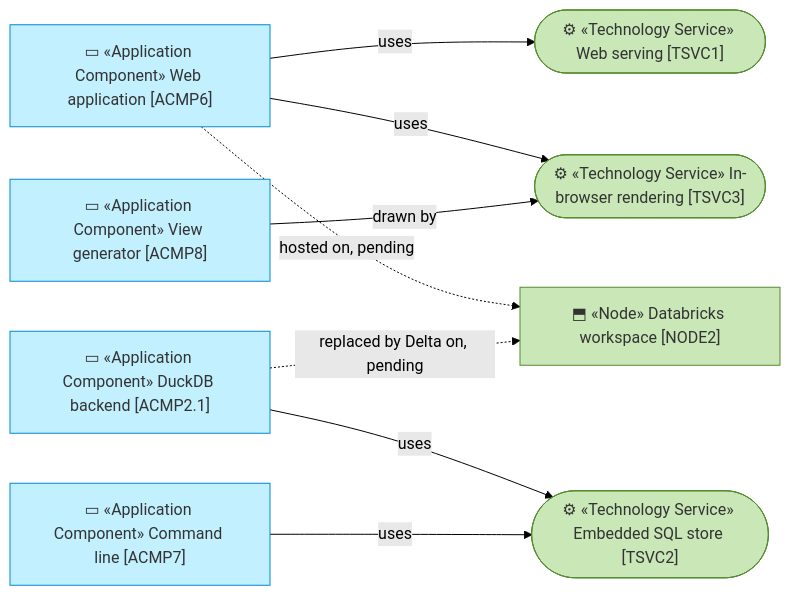
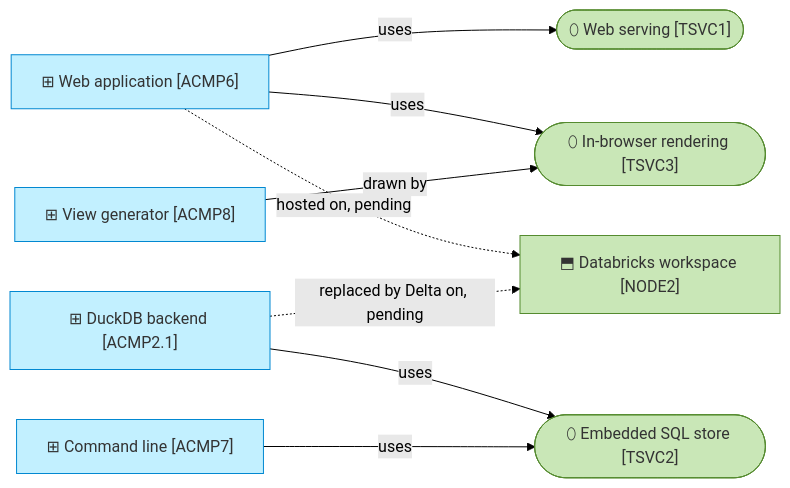
The third of 4 diagrams in architecture/5_technology/1_runtime.md (bocanegratqut/dbx-enterprise-architecture), drawn with Mermaid (forest theme) before and after one commit. The commit also changed other lines of this file and 25 other files, not shown here.

````diff
--- a/architecture/5_technology/1_runtime.md
+++ b/architecture/5_technology/1_runtime.md
@@ -54,21 +54,21 @@
 ```mermaid
 flowchart LR
-  web(["⚙ «Technology Service» Web serving [TSVC1]"]):::technology
-  sql(["⚙ «Technology Service» Embedded SQL store [TSVC2]"]):::technology
-  render(["⚙ «Technology Service» In-browser rendering [TSVC3]"]):::technology
-  ui["▭ «Application Component» Web application [ACMP6]"]:::application
-  store["▭ «Application Component» DuckDB backend [ACMP2.1]"]:::application
-  cli["▭ «Application Component» Command line [ACMP7]"]:::application
-  views["▭ «Application Component» View generator [ACMP8]"]:::application
-  dbx["⬒ «Node» Databricks workspace [NODE2]"]:::technology
+  web(["⬯ Web serving [TSVC1]"]):::technology
+  sql(["⬯ Embedded SQL store [TSVC2]"]):::technology
+  render(["⬯ In-browser rendering [TSVC3]"]):::technology
+  ui["⊞ Web application [ACMP6]"]:::application
+  store["⊞ DuckDB backend [ACMP2.1]"]:::application
+  cli["⊞ Command line [ACMP7]"]:::application
+  views["⊞ View generator [ACMP8]"]:::application
+  dbx["⬒ Databricks workspace [NODE2]"]:::technology
   ui -->|uses| web
   ui -->|uses| render
   views -->|drawn by| render
   store -->|uses| sql
   cli -->|uses| sql
   ui -.->|hosted on, pending| dbx
   store -.->|replaced by Delta on, pending| dbx
 
   classDef technology fill:#c9e7b7,stroke:#558b2f,color:#333
   classDef application fill:#c2f0ff,stroke:#0288d1,color:#333
 ```
````
